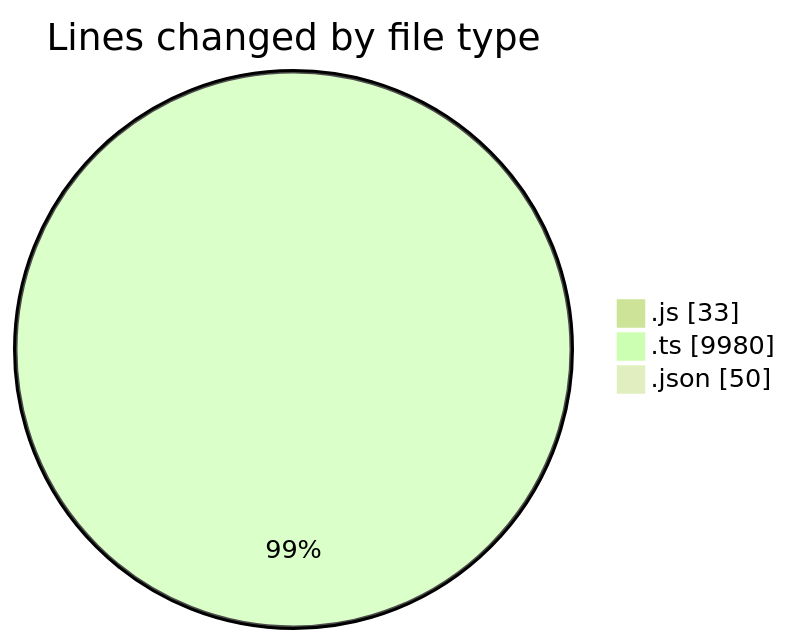
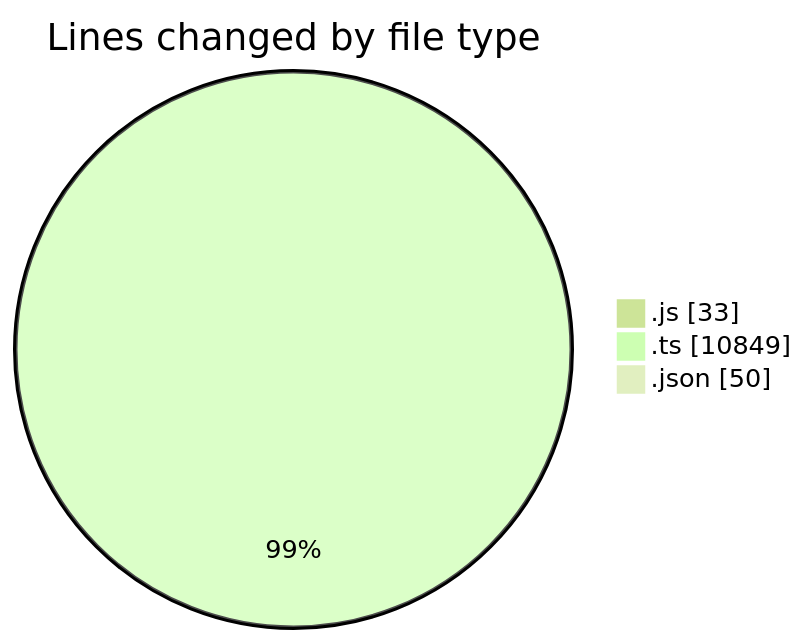
The first of 2 diagrams in 2025-09-08/cda/README.md (momahboobian/code-tracking), drawn with Mermaid (forest theme) before and after one commit. The commit also changed other lines of this file and 1 other file, not shown here.

````diff
--- a/2025-09-08/cda/README.md
+++ b/2025-09-08/cda/README.md
@@ -25,7 +25,7 @@
 ```mermaid
 pie showData
 title Lines changed by file type
 ".js" : 33
-".ts" : 9980
+".ts" : 10849
 ".json" : 50
 ```
````
